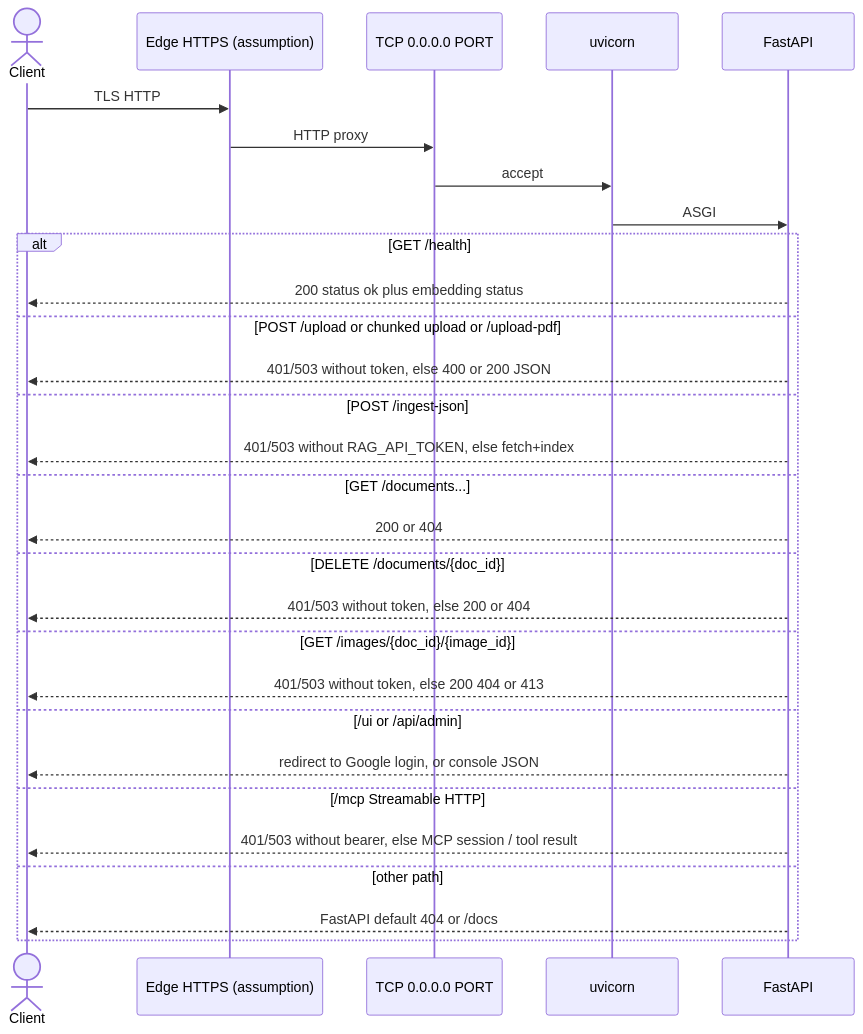
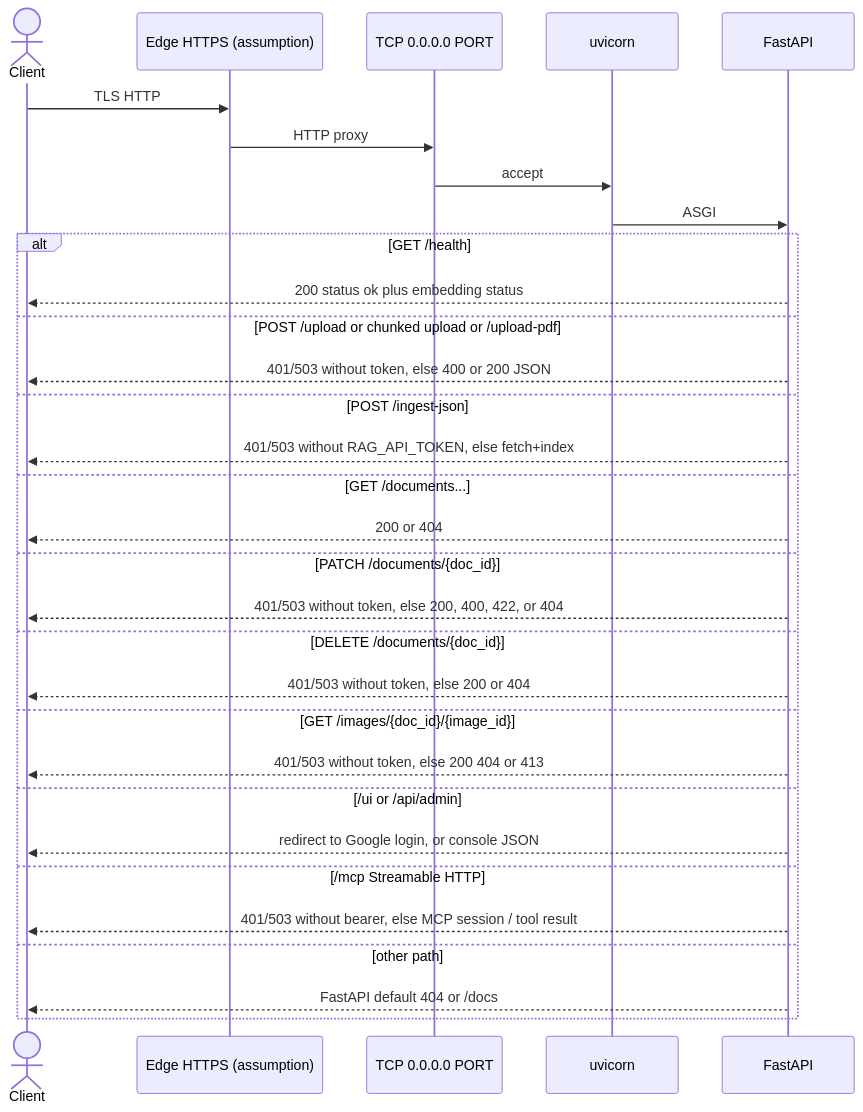
The second of 3 diagrams in docs/CONNECTIVITY.md (mkrejp/fastmcp-rag-timer), drawn with Mermaid before and after one commit. The commit also changed other lines of this file and 13 other files, not shown here.

First line of the commit message:
feat: PATCH /documents/{doc_id} to edit metadata in place (#35)

````diff
--- a/docs/CONNECTIVITY.md
+++ b/docs/CONNECTIVITY.md
@@ -99,32 +103,34 @@
 ```mermaid
 sequenceDiagram
   actor Client
   participant Edge as Edge HTTPS (assumption)
   participant Port as TCP 0.0.0.0 PORT
   participant UV as uvicorn
   participant API as FastAPI
 
   Client->>Edge: TLS HTTP
   Edge->>Port: HTTP proxy
   Port->>UV: accept
   UV->>API: ASGI
   alt GET /health
     API-->>Client: 200 status ok plus embedding status
   else POST /upload or chunked upload or /upload-pdf
     API-->>Client: 401/503 without token, else 400 or 200 JSON
   else POST /ingest-json
     API-->>Client: 401/503 without RAG_API_TOKEN, else fetch+index
   else GET /documents...
     API-->>Client: 200 or 404
+  else PATCH /documents/{doc_id}
+    API-->>Client: 401/503 without token, else 200, 400, 422, or 404
   else DELETE /documents/{doc_id}
     API-->>Client: 401/503 without token, else 200 or 404
   else GET /images/{doc_id}/{image_id}
     API-->>Client: 401/503 without token, else 200 404 or 413
   else /ui or /api/admin
     API-->>Client: redirect to Google login, or console JSON
   else /mcp Streamable HTTP
     API-->>Client: 401/503 without bearer, else MCP session / tool result
   else other path
     API-->>Client: FastAPI default 404 or /docs
   end
 ```
````
